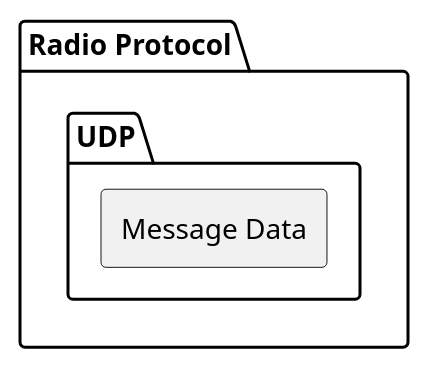
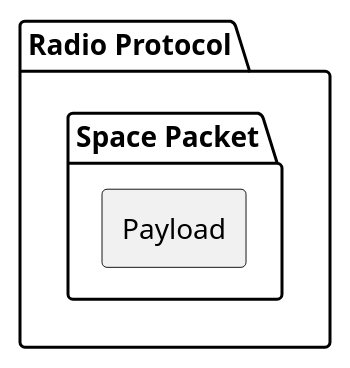
Before and after one commit to kubos/kubos: the third of 5 diagrams in docs/services/comms-framework.rst, drawn with PlantUML. The commit also changed other lines of this file and 7 other files, not shown here.

```diff
--- a/docs/services/comms-framework.rst
+++ b/docs/services/comms-framework.rst
@@ -28,11 +78,11 @@
 .. uml::
 
     @startuml
-    
+
     package "Radio Protocol" {
-        package "UDP" {
-            rectangle "Message Data"
+        package "Space Packet" {
+            rectangle "Payload"
         }
     }
-    
+
     @enduml
```
